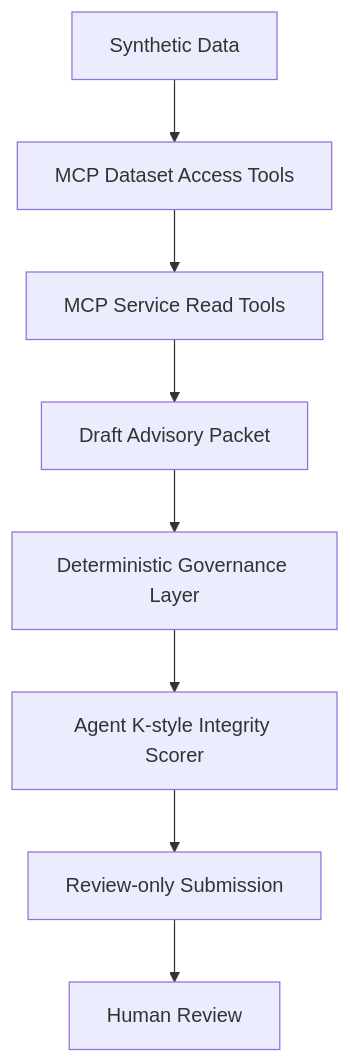
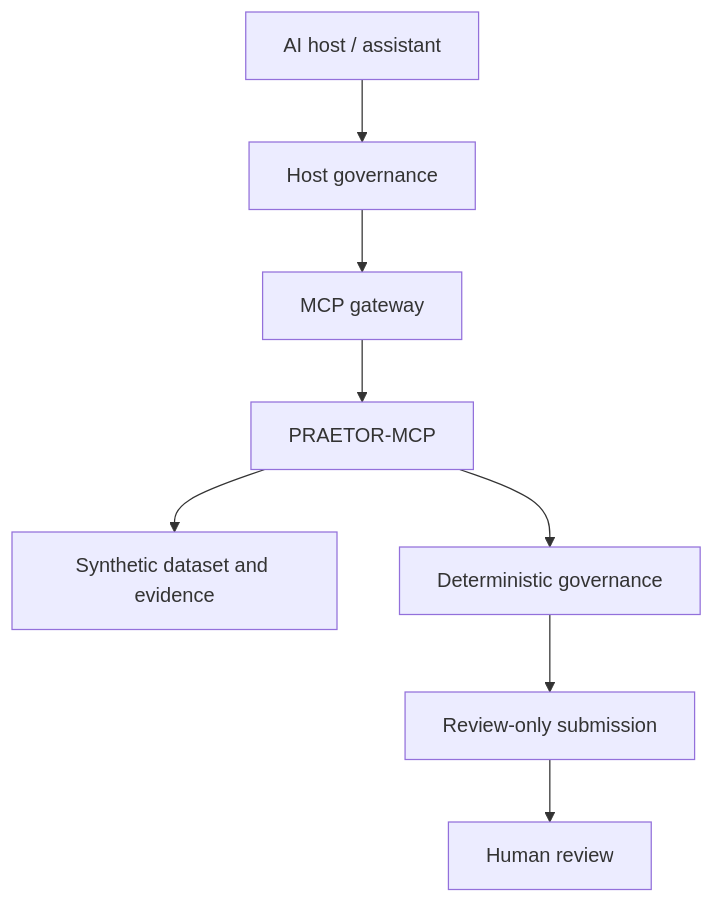
Before and after one commit to drosadocastro-bit/PRAETOR_MCP: the diagram in README.md, drawn with Mermaid. The commit also changed other lines of this file, not shown here.

````diff
--- a/README.md
+++ b/README.md
@@ -39,10 +74,10 @@
 ```mermaid
 flowchart TD
-	A[Synthetic Data] --> B[MCP Dataset Access Tools]
-	B --> C[MCP Service Read Tools]
-	C --> D[Draft Advisory Packet]
-	D --> E[Deterministic Governance Layer]
-	E --> F[Agent K-style Integrity Scorer]
-	F --> G[Review-only Submission]
-	G --> H[Human Review]
+	A[AI host / assistant] --> B[Host governance]
+	B --> C[MCP gateway]
+	C --> D[PRAETOR-MCP]
+	D --> E[Synthetic dataset and evidence]
+	D --> F[Deterministic governance]
+	F --> G[Review-only submission]
+	G --> H[Human review]
 ```
````
